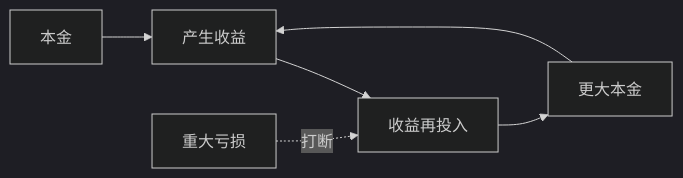
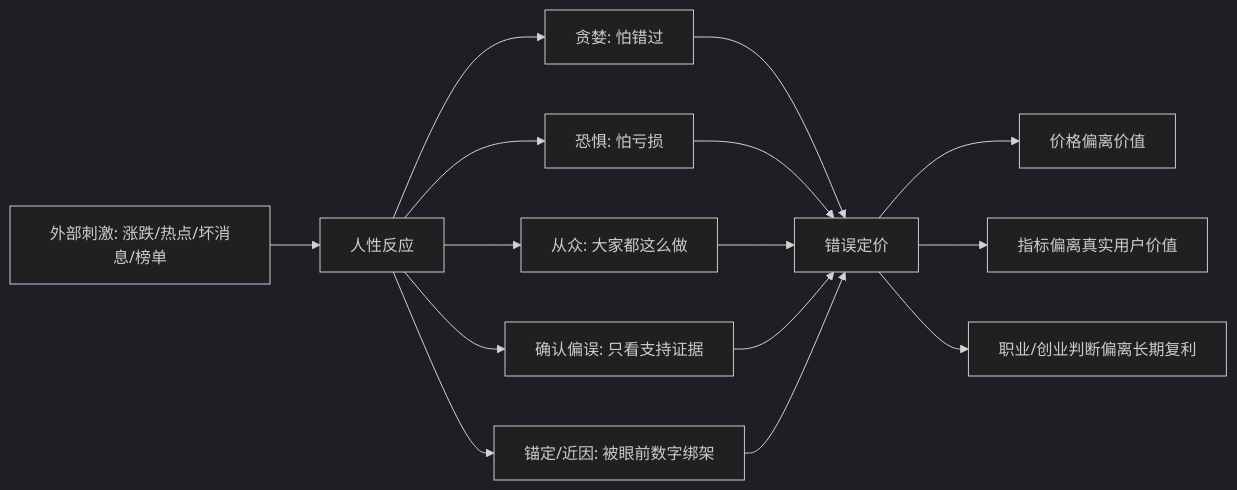
Before and after one commit to digoal/blog: the diagram in 202605/20260519_05.md, drawn with Mermaid (dark theme). The commit also changed other lines of this file and 51 other files, not shown here.

````diff
--- a/202605/20260519_05.md
+++ b/202605/20260519_05.md
@@ -22,8 +24,17 @@
 ```mermaid
 flowchart LR
-  A["本金"] --> B["产生收益"]
-  B --> C["收益再投入"]
-  C --> D["更大本金"]
-  D --> B
-  E["重大亏损"] -. "打断" .-> C
+  A["外部刺激: 涨跌/热点/坏消息/榜单"] --> B["人性反应"]
+  B --> C["贪婪: 怕错过"]
+  B --> D["恐惧: 怕亏损"]
+  B --> E["从众: 大家都这么做"]
+  B --> F["确认偏误: 只看支持证据"]
+  B --> G["锚定/近因: 被眼前数字绑架"]
+  C --> H["错误定价"]
+  D --> H
+  E --> H
+  F --> H
+  G --> H
+  H --> I["价格偏离价值"]
+  H --> J["指标偏离真实用户价值"]
+  H --> K["职业/创业判断偏离长期复利"]
 ```
````
